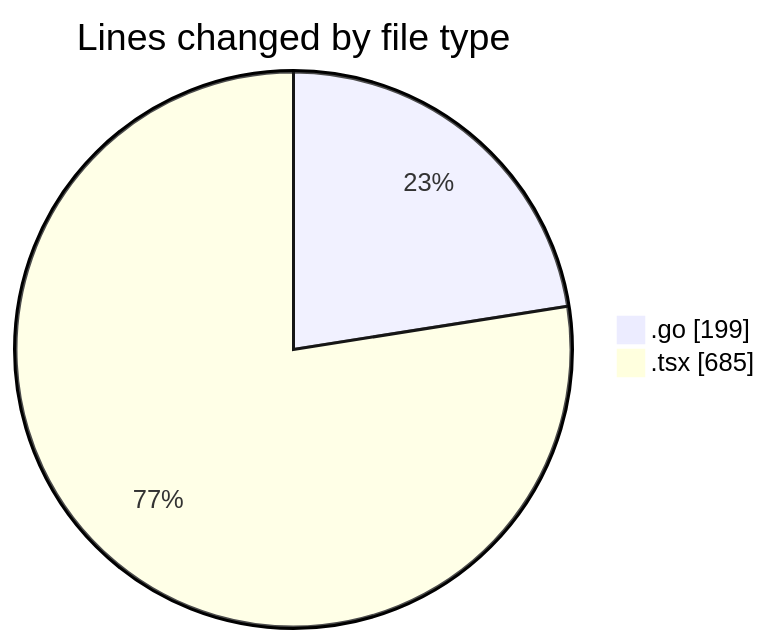
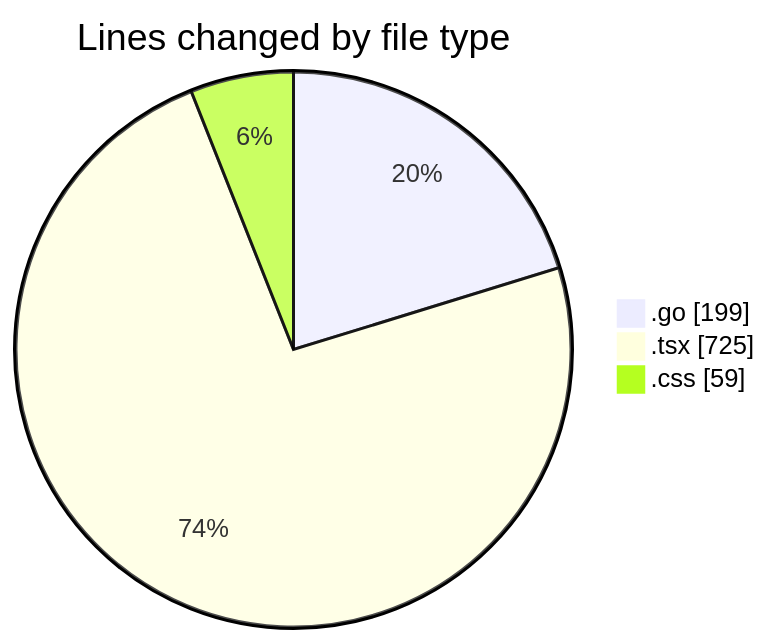
The first of 2 diagrams in 2025-03-11/termonied_testador/README.md (robertbonfada/code-tracking), drawn with Mermaid before and after one commit. The commit also changed other lines of this file and 1 other file, not shown here.

````diff
--- a/2025-03-11/termonied_testador/README.md
+++ b/2025-03-11/termonied_testador/README.md
@@ -26,6 +27,7 @@
 ```mermaid
 pie showData
 title Lines changed by file type
 ".go" : 199
-".tsx" : 685
+".tsx" : 725
+".css" : 59
 ```
````
